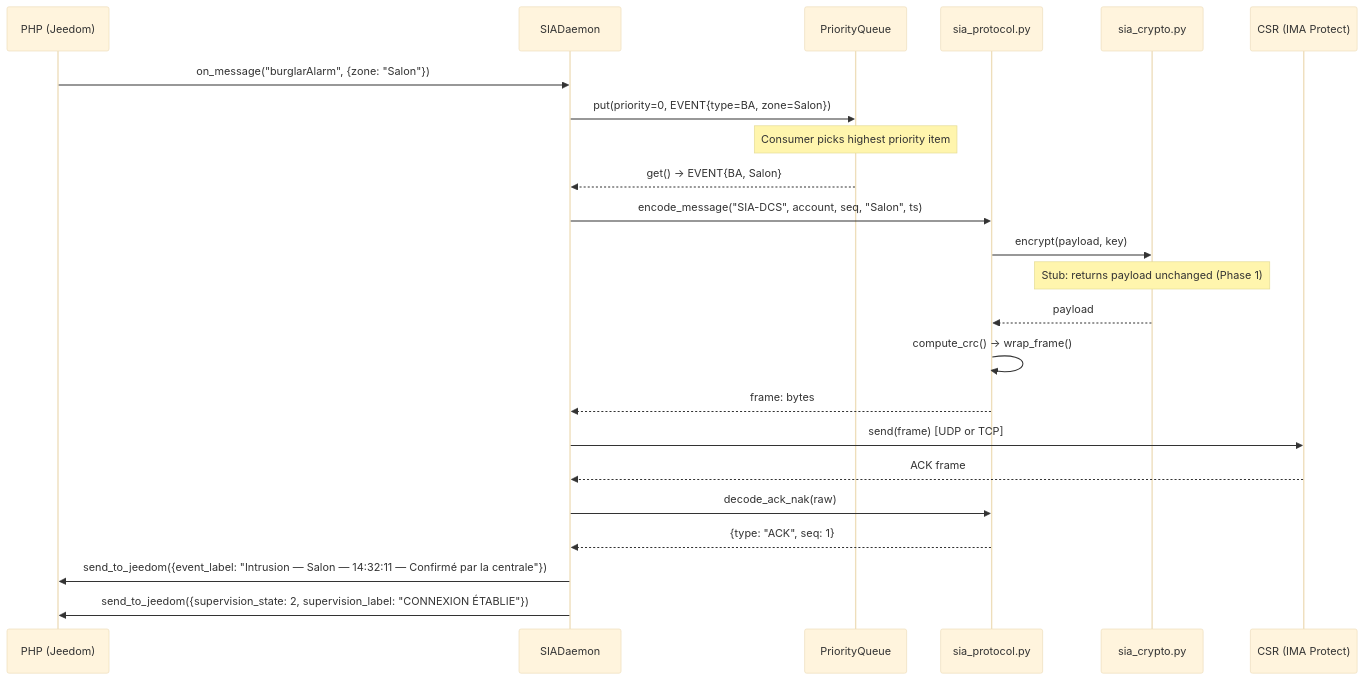
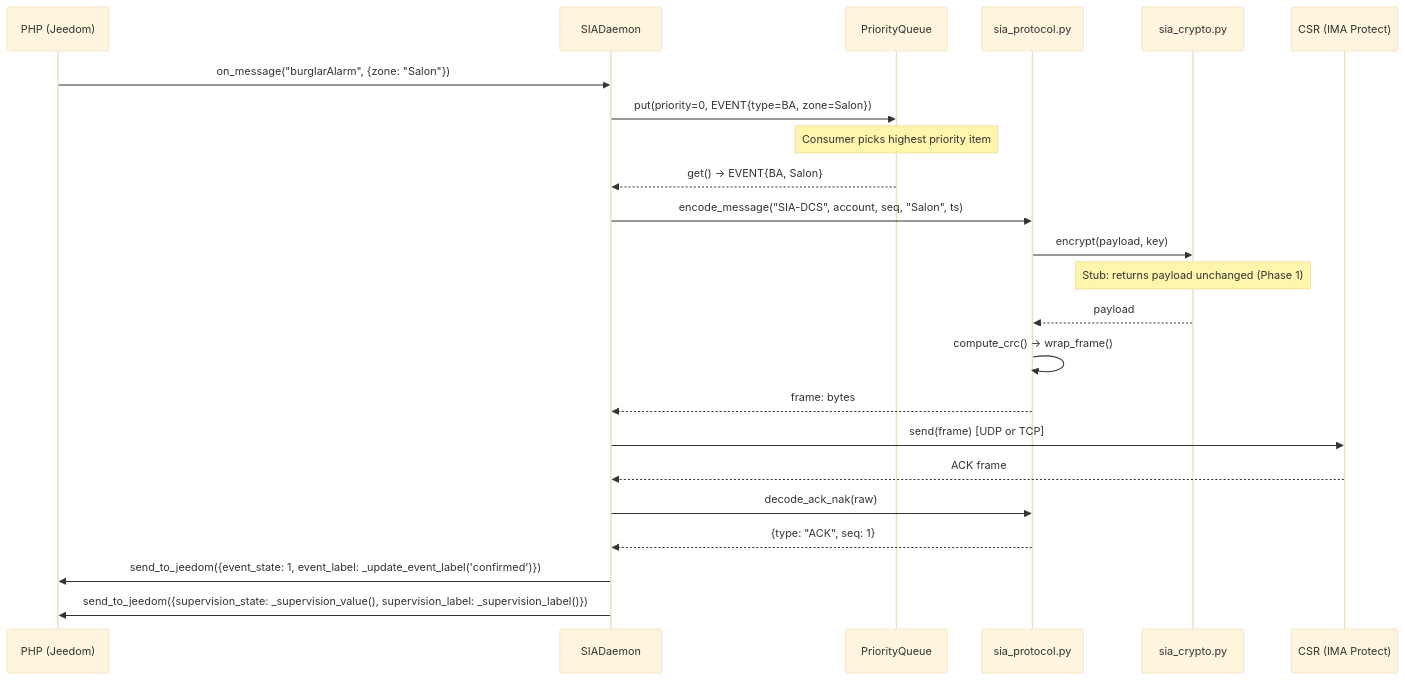
One commit to hlehoux2021/siadc09 changed the first of 6 diagrams in docs/design/daemon-design.md. Above: the diagram before and after it, drawn with Mermaid (base theme). The commit also changed other lines of this file and 9 other files, not shown here.

````diff
--- a/docs/design/daemon-design.md
+++ b/docs/design/daemon-design.md
@@ -328,31 +345,31 @@
 ```mermaid
 sequenceDiagram
     participant PHP as PHP (Jeedom)
     participant D as SIADaemon
     participant Q as PriorityQueue
     participant P as sia_protocol.py
     participant C as sia_crypto.py
     participant CSR as CSR (IMA Protect)
 
     PHP->>D: on_message("burglarAlarm", {zone: "Salon"})
     D->>Q: put(priority=0, EVENT{type=BA, zone=Salon})
 
     Note over Q: Consumer picks highest priority item
 
     Q-->>D: get() → EVENT{BA, Salon}
     D->>P: encode_message("SIA-DCS", account, seq, "Salon", ts)
     P->>C: encrypt(payload, key)
     Note over C: Stub: returns payload unchanged (Phase 1)
     C-->>P: payload
     P->>P: compute_crc() → wrap_frame()
     P-->>D: frame: bytes
 
     D->>CSR: send(frame) [UDP or TCP]
     CSR-->>D: ACK frame
 
     D->>P: decode_ack_nak(raw)
     P-->>D: {type: "ACK", seq: 1}
 
-    D->>PHP: send_to_jeedom({event_label: "Intrusion — Salon — 14:32:11 — Confirmé par la centrale"})
-    D->>PHP: send_to_jeedom({supervision_state: 2, supervision_label: "CONNEXION ÉTABLIE"})
+    D->>PHP: send_to_jeedom({event_state: 1, event_label: _update_event_label('confirmed')})
+    D->>PHP: send_to_jeedom({supervision_state: _supervision_value(), supervision_label: _supervision_label()})
 ```
````
